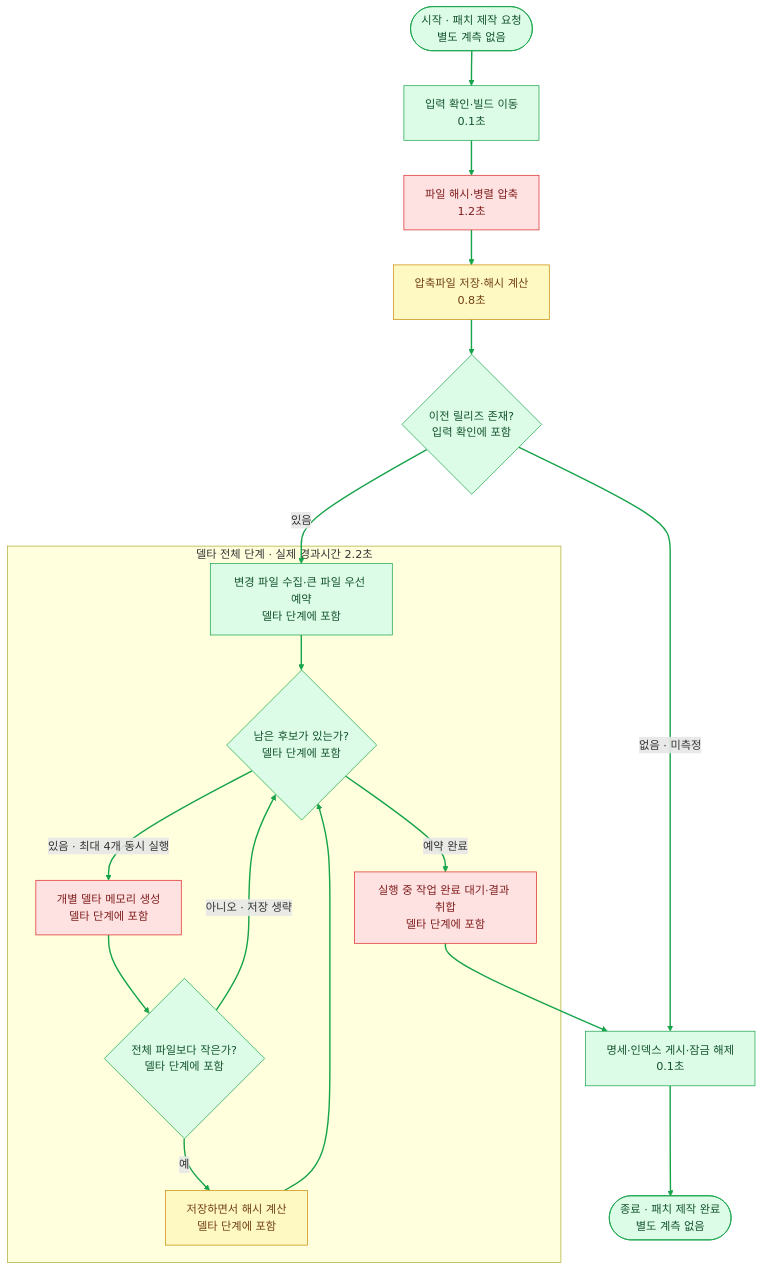
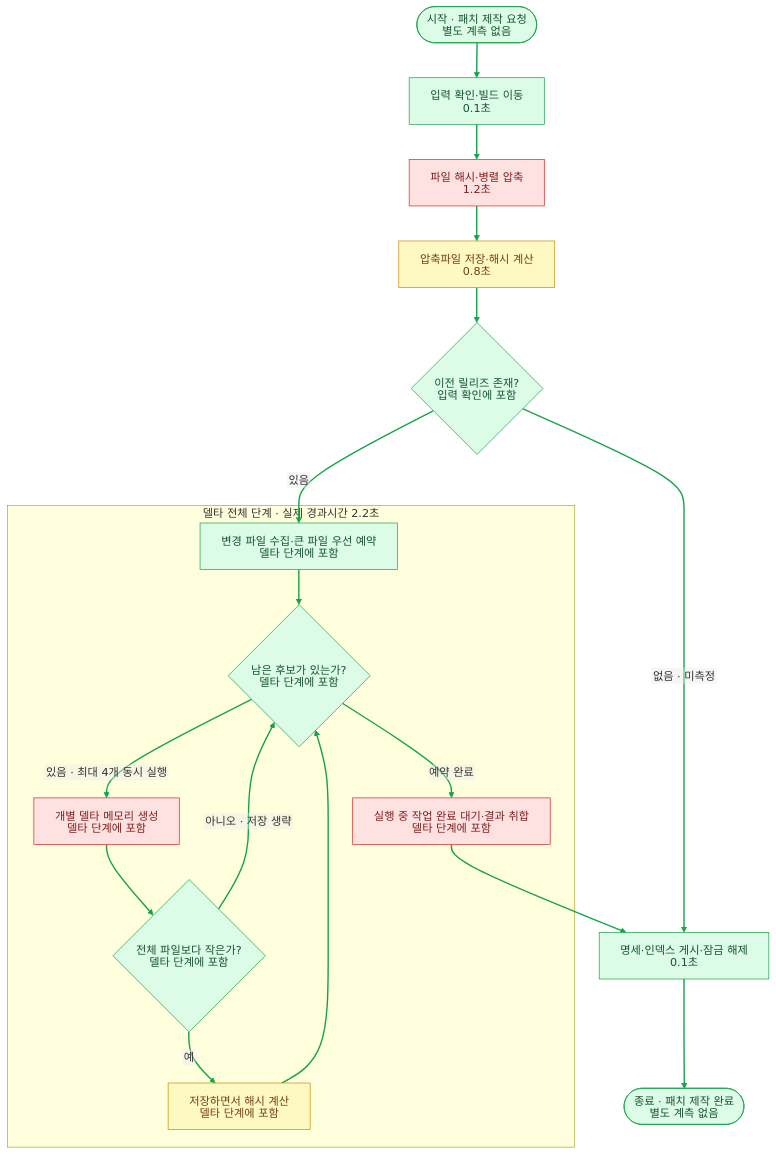
One commit to ParkMinDev/AgentSkills changed the diagram in skills/algorithm-flowchart/references/measurement.md. Above: the diagram before and after it, drawn with Mermaid. The commit also changed 2 other files, not shown here.

Commit message:
Refine flowchart rendering and parallel flow layout

````diff
--- a/skills/algorithm-flowchart/references/measurement.md
+++ b/skills/algorithm-flowchart/references/measurement.md
@@ -42,27 +42,34 @@
 ```mermaid
+---
+config:
+  htmlLabels: false
+  markdownAutoWrap: false
+  flowchart:
+    wrappingWidth: 900
+---
 flowchart TD
     START(["시작 · 패치 제작 요청<br/>별도 계측 없음"]) --> A
     A["입력 확인·빌드 이동<br/>0.1초"] --> B["파일 해시·병렬 압축<br/>1.2초"]
     B --> C["압축파일 저장·해시 계산<br/>0.8초"]
     C --> D{"이전 릴리즈 존재?<br/>입력 확인에 포함"}
     D -->|없음 · 미측정| K
     D -->|있음| E
     subgraph DELTA["델타 전체 단계 · 실제 경과시간 2.2초"]
         E["변경 파일 수집·큰 파일 우선 예약<br/>델타 단계에 포함"] --> F{"남은 후보가 있는가?<br/>델타 단계에 포함"}
         F -->|있음 · 최대 4개 동시 실행| G["개별 델타 메모리 생성<br/>델타 단계에 포함"]
         G --> H{"전체 파일보다 작은가?<br/>델타 단계에 포함"}
         H -->|예| I["저장하면서 해시 계산<br/>델타 단계에 포함"]
         H -->|아니오 · 저장 생략| F
         I --> F
         F -->|예약 완료| J["실행 중 작업 완료 대기·결과 취합<br/>델타 단계에 포함"]
     end
     J --> K["명세·인덱스 게시·잠금 해제<br/>0.1초"]
     K --> END(["종료 · 패치 제작 완료<br/>별도 계측 없음"])
     classDef low fill:#dcfce7,stroke:#16a34a,color:#14532d
     classDef medium fill:#fef9c3,stroke:#ca8a04,color:#713f12
     classDef high fill:#fee2e2,stroke:#dc2626,color:#7f1d1d
     class START,END,A,D,E,F,H,K low
     class C,I medium
     class B,G,J high
     linkStyle default stroke:#16A34A,stroke-width:2px
 ```
````
